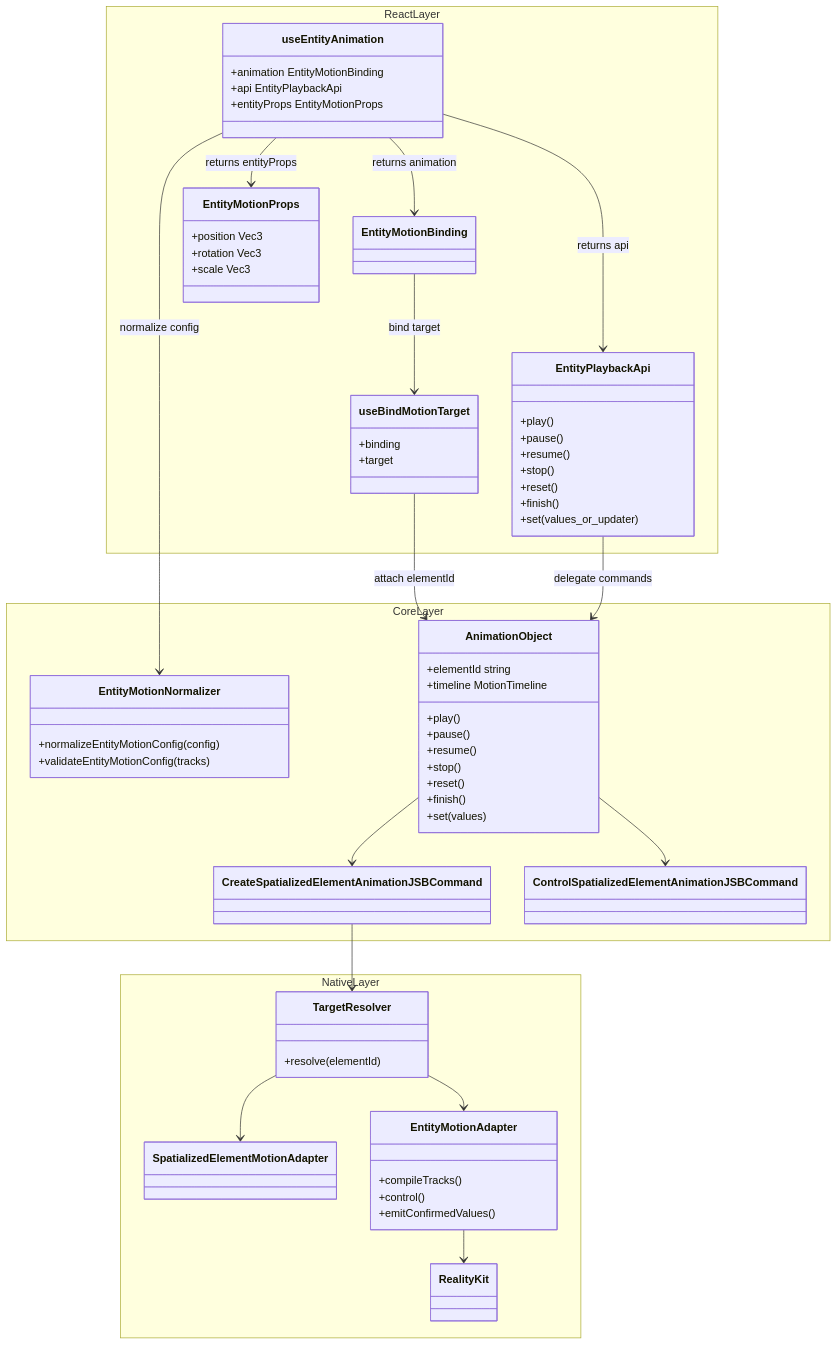
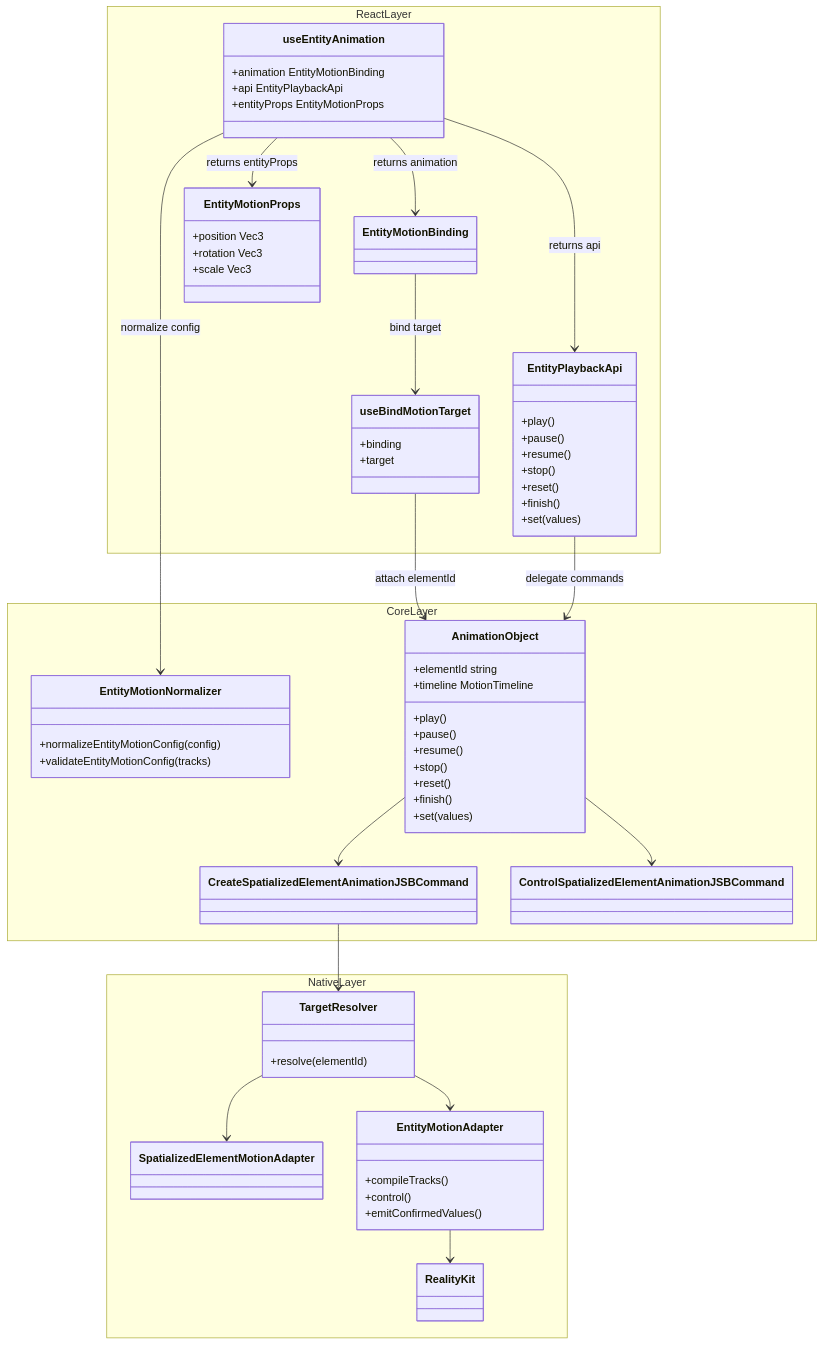
The sixth of 6 diagrams in openspec/changes/redesign-entity-motion-api/design.zh.md (webspatial/webspatial-sdk), drawn with Mermaid before and after one commit. The commit also changed other lines of this file and 7 other files, not shown here.

````diff
--- a/openspec/changes/redesign-entity-motion-api/design.zh.md
+++ b/openspec/changes/redesign-entity-motion-api/design.zh.md
@@ -513,73 +513,73 @@
 ```mermaid
 classDiagram
     namespace ReactLayer {
         class useEntityAnimation {
             +animation EntityMotionBinding
             +api EntityPlaybackApi
             +entityProps EntityMotionProps
         }
         class EntityPlaybackApi {
             +play()
             +pause()
             +resume()
             +stop()
             +reset()
             +finish()
-            +set(values_or_updater)
+            +set(values)
         }
         class EntityMotionBinding
         class EntityMotionProps {
             +position Vec3
             +rotation Vec3
             +scale Vec3
         }
         class useBindMotionTarget {
             +binding
             +target
         }
     }
     namespace CoreLayer {
         class EntityMotionNormalizer {
             +normalizeEntityMotionConfig(config)
             +validateEntityMotionConfig(tracks)
         }
         class AnimationObject {
             +elementId string
             +timeline MotionTimeline
             +play()
             +pause()
             +resume()
             +stop()
             +reset()
             +finish()
             +set(values)
         }
         class CreateSpatializedElementAnimationJSBCommand
         class ControlSpatializedElementAnimationJSBCommand
     }
     namespace NativeLayer {
         class TargetResolver {
             +resolve(elementId)
         }
         class SpatializedElementMotionAdapter
         class EntityMotionAdapter {
             +compileTracks()
             +control()
             +emitConfirmedValues()
         }
         class RealityKit
     }
     useEntityAnimation --> EntityMotionBinding : returns animation
     useEntityAnimation --> EntityPlaybackApi : returns api
     useEntityAnimation --> EntityMotionProps : returns entityProps
     useEntityAnimation --> EntityMotionNormalizer : normalize config
     EntityMotionBinding --> useBindMotionTarget : bind target
     useBindMotionTarget --> AnimationObject : attach elementId
     EntityPlaybackApi --> AnimationObject : delegate commands
     AnimationObject --> CreateSpatializedElementAnimationJSBCommand
     AnimationObject --> ControlSpatializedElementAnimationJSBCommand
     CreateSpatializedElementAnimationJSBCommand --> TargetResolver
     TargetResolver --> SpatializedElementMotionAdapter
     TargetResolver --> EntityMotionAdapter
     EntityMotionAdapter --> RealityKit
 ```
````
